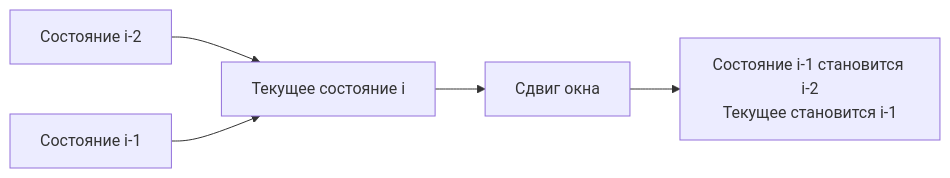
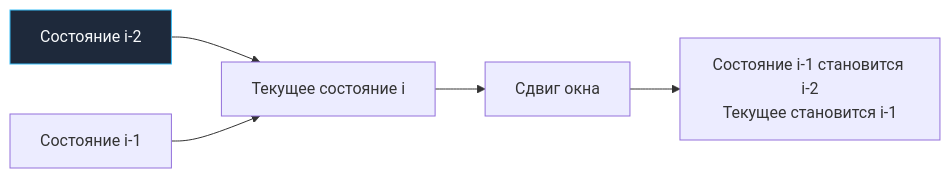
The diagram in sources/21. Задачи с LeetCode и собеседований на Go/02. Задачи/18. Динамическое программирование 1D/1. Теория. Динамическое программирование 1D.md (UnrealTemplier/go-textbook), drawn with Mermaid before and after one commit. The commit also changed 1666 other files, not shown here.

First line of the commit message:
feat(mermaid): add semantic color classDef to 1369 colorless flowchart/graph diagrams

````diff
--- a/sources/21. Задачи с LeetCode и собеседований на Go/02. Задачи/18. Динамическое программирование 1D/1. Теория. Динамическое программирование 1D.md
+++ b/sources/21. Задачи с LeetCode и собеседований на Go/02. Задачи/18. Динамическое программирование 1D/1. Теория. Динамическое программирование 1D.md
@@ -63,7 +63,17 @@
 ```mermaid
 flowchart LR
-    A["Состояние i-2"] --> C["Текущее состояние i"]
+    classDef process  fill:#1e293b,stroke:#38bdf8,stroke-width:1px,color:#f8fafc
+    classDef success  fill:#064e3b,stroke:#34d399,stroke-width:1px,color:#f8fafc
+    classDef error    fill:#7f1d1d,stroke:#f87171,stroke-width:1px,color:#f8fafc
+    classDef warning  fill:#78350f,stroke:#fbbf24,stroke-width:1px,color:#f8fafc
+    classDef entry    fill:#1e3a5f,stroke:#38bdf8,stroke-width:2px,color:#f8fafc
+    classDef aux      fill:#334155,stroke:#64748b,stroke-width:1px,color:#f8fafc
+    classDef system   fill:#312e81,stroke:#a78bfa,stroke-width:1px,color:#f8fafc
+    classDef data     fill:#132d29,stroke:#2dd4bf,stroke-width:1px,color:#f8fafc
+    classDef network  fill:#881337,stroke:#fb7185,stroke-width:1px,color:#f8fafc
+    classDef accent   fill:#1e1b4b,stroke:#818cf8,stroke-width:1px,color:#f8fafc
+    A["Состояние i-2"]:::process --> C["Текущее состояние i"]
     B["Состояние i-1"] --> C
     C --> D["Сдвиг окна"]
     D --> E["Состояние i-1 становится i-2<br>Текущее становится i-1"]
 ```
````
